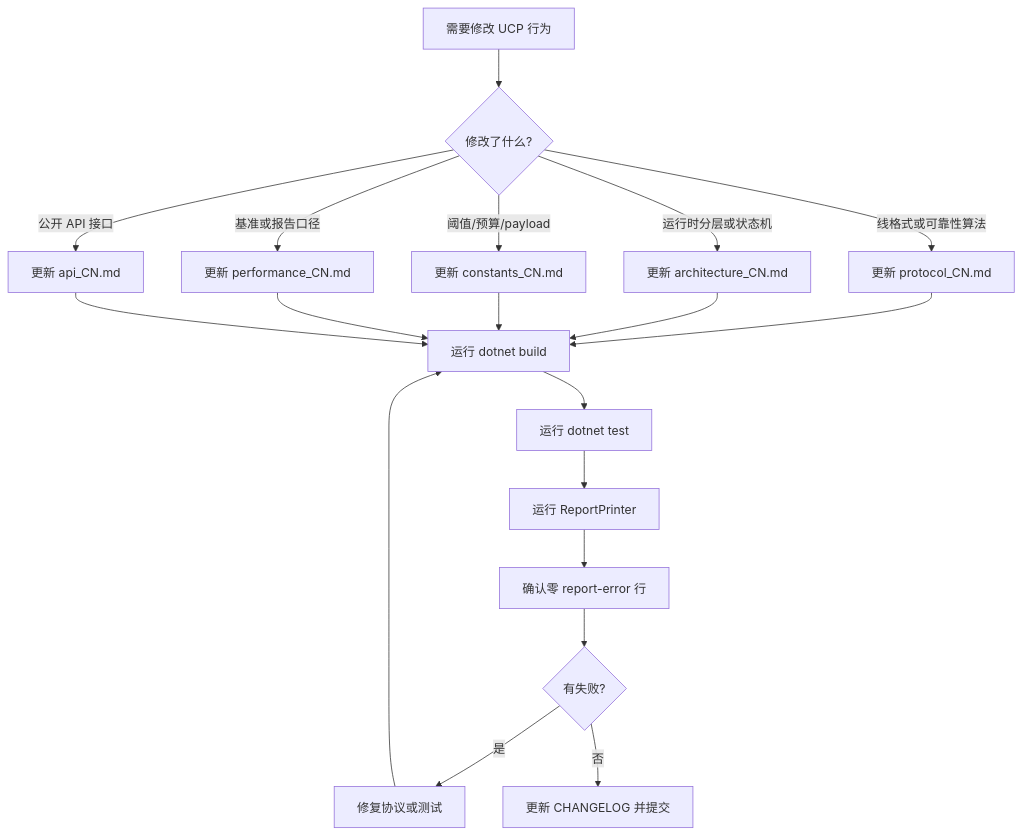
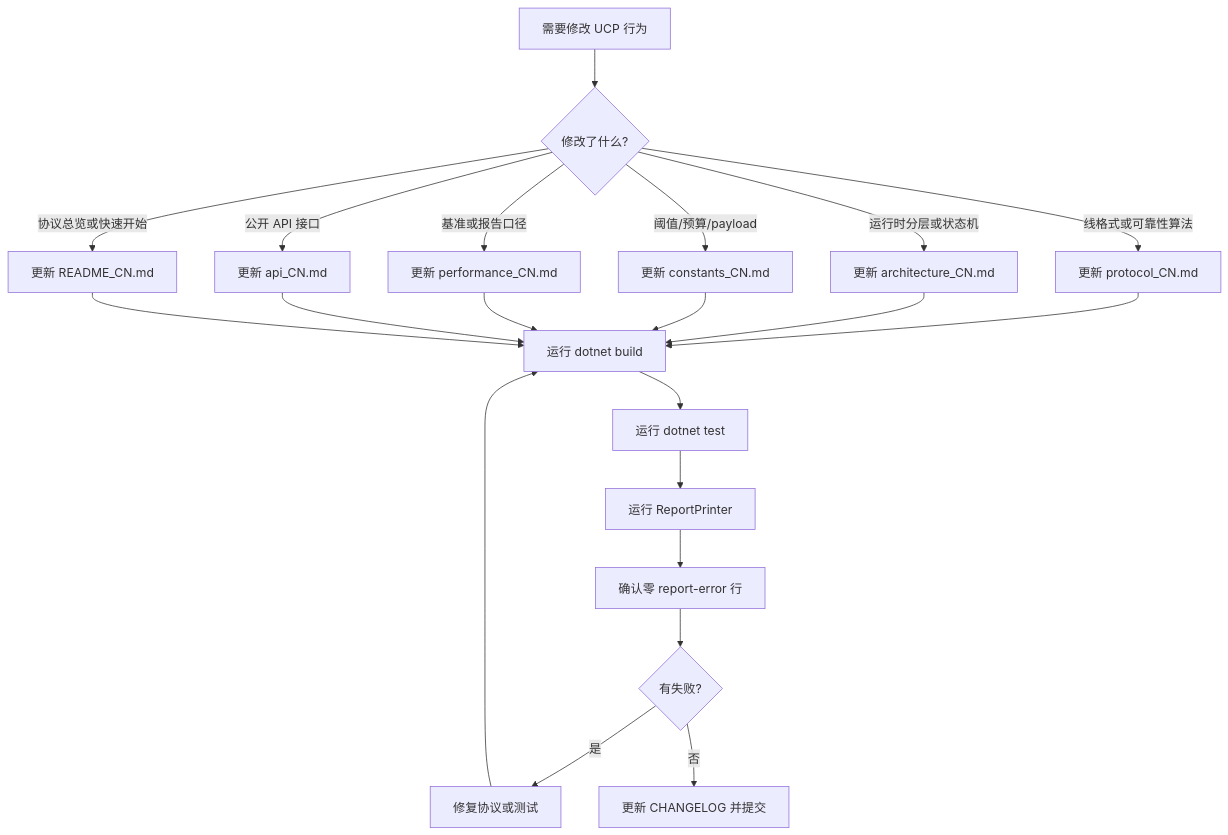
The third of 3 diagrams in docs/index_CN.md (liulilittle/ucp), drawn with Mermaid before and after one commit. The commit also changed other lines of this file and 17 other files, not shown here.

````diff
--- a/docs/index_CN.md
+++ b/docs/index_CN.md
@@ -199,21 +243,23 @@
 ```mermaid
 flowchart TD
     A[需要修改 UCP 行为] --> B{修改了什么?}
     B -->|线格式或可靠性算法| C[更新 protocol_CN.md]
     B -->|运行时分层或状态机| D[更新 architecture_CN.md]
     B -->|阈值/预算/payload| E[更新 constants_CN.md]
     B -->|基准或报告口径| F[更新 performance_CN.md]
     B -->|公开 API 接口| G[更新 api_CN.md]
-    C --> H[运行 dotnet build]
-    D --> H
-    E --> H
-    F --> H
-    G --> H
-    H --> I[运行 dotnet test]
-    I --> J[运行 ReportPrinter]
-    J --> K[确认零 report-error 行]
-    K --> L{有失败?}
-    L -->|是| M[修复协议或测试]
-    L -->|否| N[更新 CHANGELOG 并提交]
-    M --> H
+    B -->|协议总览或快速开始| H[更新 README_CN.md]
+    C --> I[运行 dotnet build]
+    D --> I
+    E --> I
+    F --> I
+    G --> I
+    H --> I
+    I --> J[运行 dotnet test]
+    J --> K[运行 ReportPrinter]
+    K --> L[确认零 report-error 行]
+    L --> M{有失败?}
+    M -->|是| N[修复协议或测试]
+    M -->|否| O[更新 CHANGELOG 并提交]
+    N --> I
 ```
````
